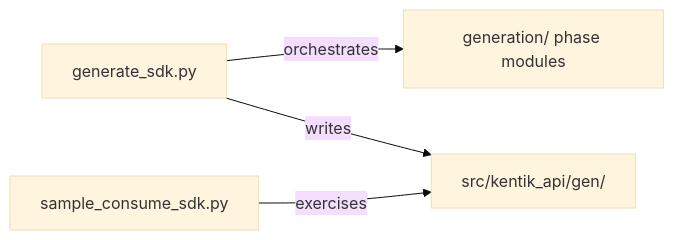
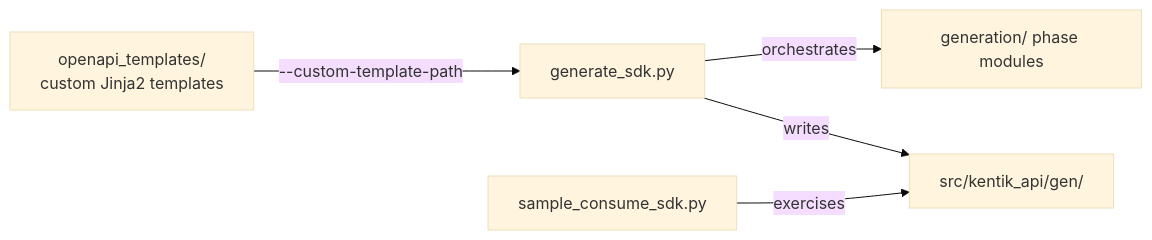
Before and after one commit to alexdearaujo/community_sdk_python: the diagram in scripts/README.md, drawn with Mermaid (base theme). The commit also changed other lines of this file and 22 other files, not shown here.

````diff
--- a/scripts/README.md
+++ b/scripts/README.md
@@ -23,7 +23,8 @@
 ```mermaid
 flowchart LR
+    T["openapi_templates/<br/>custom Jinja2 templates"] -->|--custom-template-path| G
     G["generate_sdk.py"] -->|orchestrates| PH["generation/ phase modules"]
     G -->|writes| SDK["src/kentik_api/gen/"]
     C["sample_consume_sdk.py"] -->|exercises| SDK
 
 ```
````
